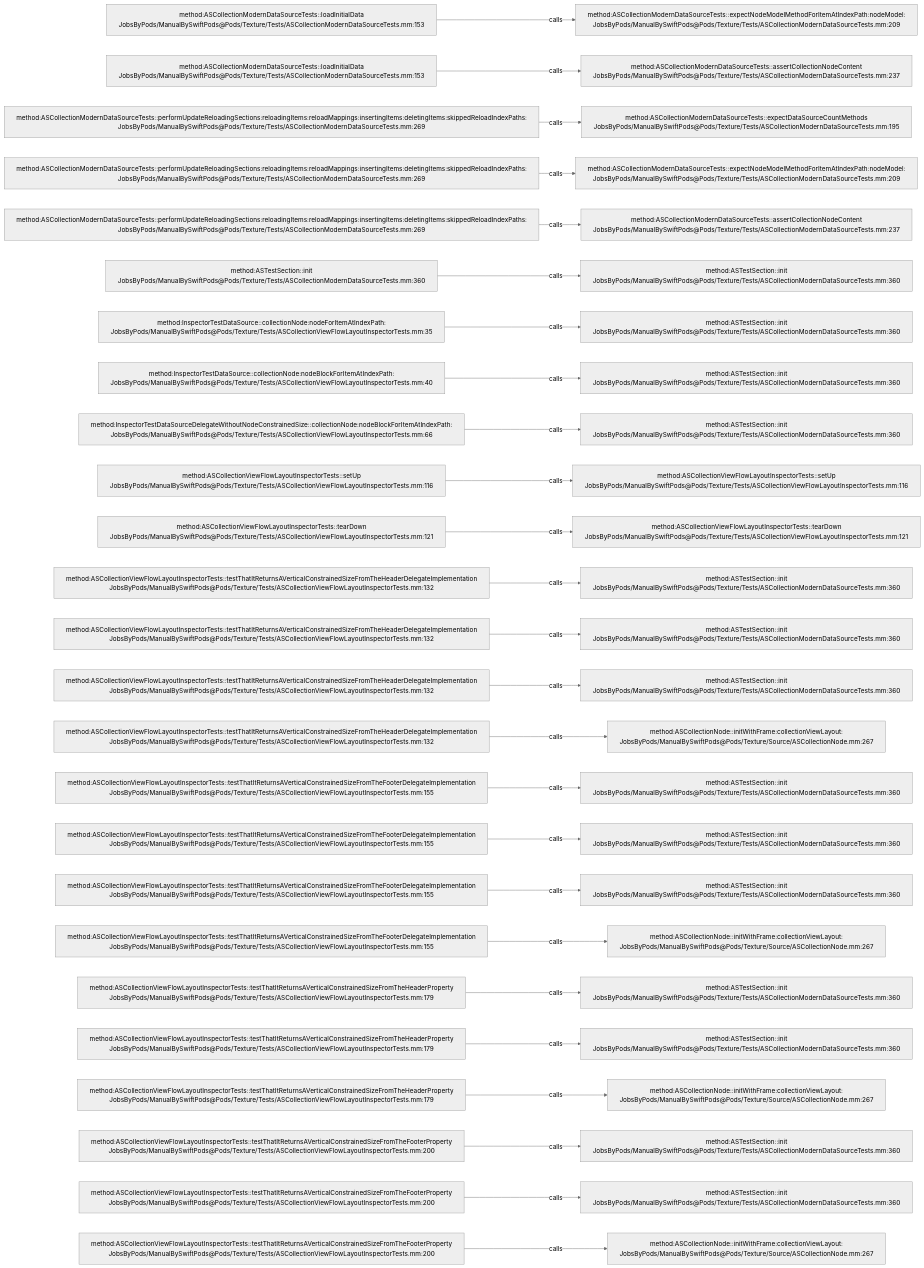
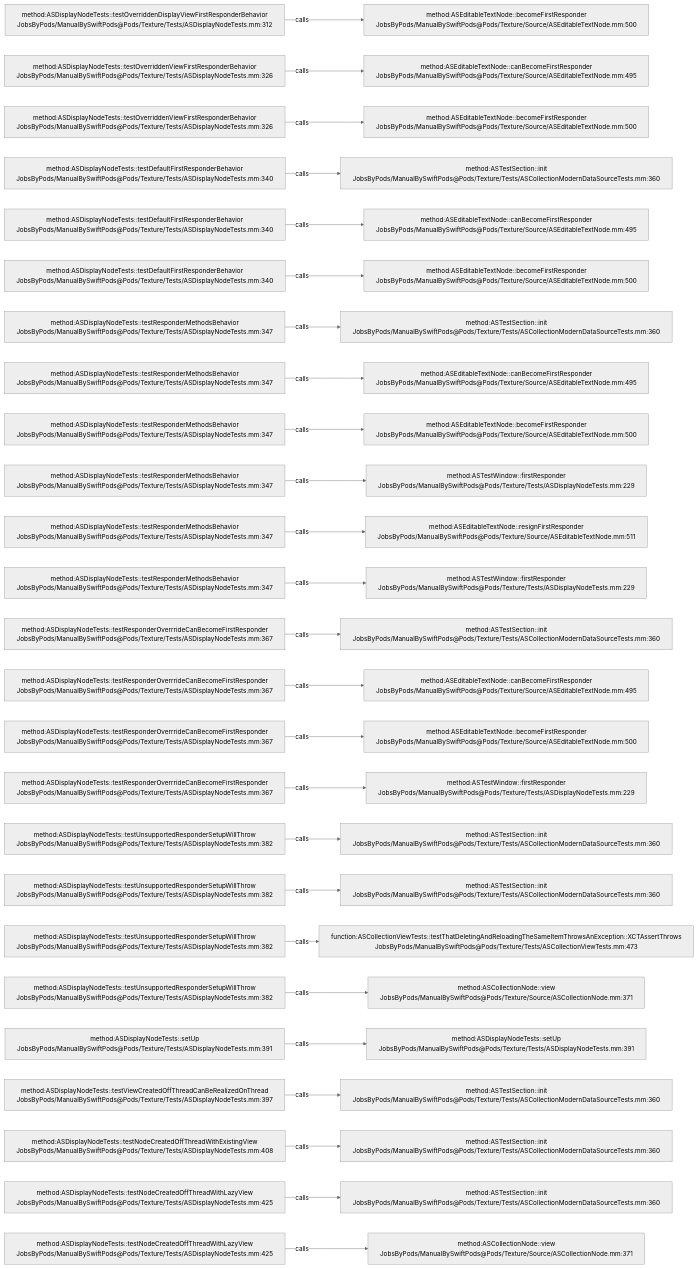
The diagram in .codegraph/codegraph.md/graphs/calls-187.md (JobsKits/JobsSwiftBaseConfigDemo), drawn with Mermaid (neutral theme) before and after one commit. The commit also changed 832 other files, not shown here.

````diff
--- a/.codegraph/codegraph.md/graphs/calls-187.md
+++ b/.codegraph/codegraph.md/graphs/calls-187.md
@@ -13,78 +13,78 @@
 ```mermaid
 flowchart LR
-  S1["method:ASCollectionModernDataSourceTests::loadInitialData<br/>JobsByPods/ManualBySwiftPods@Pods/Texture/Tests/ASCollectionModernDataSourceTests.mm:153"]
-  T1["method:ASCollectionModernDataSourceTests::expectNodeModelMethodForItemAtIndexPath:nodeModel:<br/>JobsByPods/ManualBySwiftPods@Pods/Texture/Tests/ASCollectionModernDataSourceTests.mm:209"]
+  S1["method:ASDisplayNodeTests::testOverriddenDisplayViewFirstResponderBehavior<br/>JobsByPods/ManualBySwiftPods@Pods/Texture/Tests/ASDisplayNodeTests.mm:312"]
+  T1["method:ASEditableTextNode::becomeFirstResponder<br/>JobsByPods/ManualBySwiftPods@Pods/Texture/Source/ASEditableTextNode.mm:500"]
   S1 -->|calls| T1
-  S2["method:ASCollectionModernDataSourceTests::loadInitialData<br/>JobsByPods/ManualBySwiftPods@Pods/Texture/Tests/ASCollectionModernDataSourceTests.mm:153"]
-  T2["method:ASCollectionModernDataSourceTests::assertCollectionNodeContent<br/>JobsByPods/ManualBySwiftPods@Pods/Texture/Tests/ASCollectionModernDataSourceTests.mm:237"]
+  S2["method:ASDisplayNodeTests::testOverriddenViewFirstResponderBehavior<br/>JobsByPods/ManualBySwiftPods@Pods/Texture/Tests/ASDisplayNodeTests.mm:326"]
+  T2["method:ASEditableTextNode::canBecomeFirstResponder<br/>JobsByPods/ManualBySwiftPods@Pods/Texture/Source/ASEditableTextNode.mm:495"]
   S2 -->|calls| T2
-  S3["method:ASCollectionModernDataSourceTests::performUpdateReloadingSections:reloadingItems:reloadMappings:insertingItems:deletingItems:skippedReloadIndexPaths:<br/>JobsByPods/ManualBySwiftPods@Pods/Texture/Tests/ASCollectionModernDataSourceTests.mm:269"]
-  T3["method:ASCollectionModernDataSourceTests::expectDataSourceCountMethods<br/>JobsByPods/ManualBySwiftPods@Pods/Texture/Tests/ASCollectionModernDataSourceTests.mm:195"]
+  S3["method:ASDisplayNodeTests::testOverriddenViewFirstResponderBehavior<br/>JobsByPods/ManualBySwiftPods@Pods/Texture/Tests/ASDisplayNodeTests.mm:326"]
+  T3["method:ASEditableTextNode::becomeFirstResponder<br/>JobsByPods/ManualBySwiftPods@Pods/Texture/Source/ASEditableTextNode.mm:500"]
   S3 -->|calls| T3
-  S4["method:ASCollectionModernDataSourceTests::performUpdateReloadingSections:reloadingItems:reloadMappings:insertingItems:deletingItems:skippedReloadIndexPaths:<br/>JobsByPods/ManualBySwiftPods@Pods/Texture/Tests/ASCollectionModernDataSourceTests.mm:269"]
-  T4["method:ASCollectionModernDataSourceTests::expectNodeModelMethodForItemAtIndexPath:nodeModel:<br/>JobsByPods/ManualBySwiftPods@Pods/Texture/Tests/ASCollectionModernDataSourceTests.mm:209"]
+  S4["method:ASDisplayNodeTests::testDefaultFirstResponderBehavior<br/>JobsByPods/ManualBySwiftPods@Pods/Texture/Tests/ASDisplayNodeTests.mm:340"]
+  T4["method:ASTestSection::init<br/>JobsByPods/ManualBySwiftPods@Pods/Texture/Tests/ASCollectionModernDataSourceTests.mm:360"]
   S4 -->|calls| T4
-  S5["method:ASCollectionModernDataSourceTests::performUpdateReloadingSections:reloadingItems:reloadMappings:insertingItems:deletingItems:skippedReloadIndexPaths:<br/>JobsByPods/ManualBySwiftPods@Pods/Texture/Tests/ASCollectionModernDataSourceTests.mm:269"]
-  T5["method:ASCollectionModernDataSourceTests::assertCollectionNodeContent<br/>JobsByPods/ManualBySwiftPods@Pods/Texture/Tests/ASCollectionModernDataSourceTests.mm:237"]
+  S5["method:ASDisplayNodeTests::testDefaultFirstResponderBehavior<br/>JobsByPods/ManualBySwiftPods@Pods/Texture/Tests/ASDisplayNodeTests.mm:340"]
+  T5["method:ASEditableTextNode::canBecomeFirstResponder<br/>JobsByPods/ManualBySwiftPods@Pods/Texture/Source/ASEditableTextNode.mm:495"]
   S5 -->|calls| T5
-  S6["method:ASTestSection::init<br/>JobsByPods/ManualBySwiftPods@Pods/Texture/Tests/ASCollectionModernDataSourceTests.mm:360"]
-  T6["method:ASTestSection::init<br/>JobsByPods/ManualBySwiftPods@Pods/Texture/Tests/ASCollectionModernDataSourceTests.mm:360"]
+  S6["method:ASDisplayNodeTests::testDefaultFirstResponderBehavior<br/>JobsByPods/ManualBySwiftPods@Pods/Texture/Tests/ASDisplayNodeTests.mm:340"]
+  T6["method:ASEditableTextNode::becomeFirstResponder<br/>JobsByPods/ManualBySwiftPods@Pods/Texture/Source/ASEditableTextNode.mm:500"]
   S6 -->|calls| T6
-  S7["method:InspectorTestDataSource::collectionNode:nodeForItemAtIndexPath:<br/>JobsByPods/ManualBySwiftPods@Pods/Texture/Tests/ASCollectionViewFlowLayoutInspectorTests.mm:35"]
+  S7["method:ASDisplayNodeTests::testResponderMethodsBehavior<br/>JobsByPods/ManualBySwiftPods@Pods/Texture/Tests/ASDisplayNodeTests.mm:347"]
   T7["method:ASTestSection::init<br/>JobsByPods/ManualBySwiftPods@Pods/Texture/Tests/ASCollectionModernDataSourceTests.mm:360"]
   S7 -->|calls| T7
-  S8["method:InspectorTestDataSource::collectionNode:nodeBlockForItemAtIndexPath:<br/>JobsByPods/ManualBySwiftPods@Pods/Texture/Tests/ASCollectionViewFlowLayoutInspectorTests.mm:40"]
-  T8["method:ASTestSection::init<br/>JobsByPods/ManualBySwiftPods@Pods/Texture/Tests/ASCollectionModernDataSourceTests.mm:360"]
+  S8["method:ASDisplayNodeTests::testResponderMethodsBehavior<br/>JobsByPods/ManualBySwiftPods@Pods/Texture/Tests/ASDisplayNodeTests.mm:347"]
+  T8["method:ASEditableTextNode::canBecomeFirstResponder<br/>JobsByPods/ManualBySwiftPods@Pods/Texture/Source/ASEditableTextNode.mm:495"]
   S8 -->|calls| T8
-  S9["method:InspectorTestDataSourceDelegateWithoutNodeConstrainedSize::collectionNode:nodeBlockForItemAtIndexPath:<br/>JobsByPods/ManualBySwiftPods@Pods/Texture/Tests/ASCollectionViewFlowLayoutInspectorTests.mm:66"]
-  T9["method:ASTestSection::init<br/>JobsByPods/ManualBySwiftPods@Pods/Texture/Tests/ASCollectionModernDataSourceTests.mm:360"]
+  S9["method:ASDisplayNodeTests::testResponderMethodsBehavior<br/>JobsByPods/ManualBySwiftPods@Pods/Texture/Tests/ASDisplayNodeTests.mm:347"]
+  T9["method:ASEditableTextNode::becomeFirstResponder<br/>JobsByPods/ManualBySwiftPods@Pods/Texture/Source/ASEditableTextNode.mm:500"]
   S9 -->|calls| T9
-  S10["method:ASCollectionViewFlowLayoutInspectorTests::setUp<br/>JobsByPods/ManualBySwiftPods@Pods/Texture/Tests/ASCollectionViewFlowLayoutInspectorTests.mm:116"]
-  T10["method:ASCollectionViewFlowLayoutInspectorTests::setUp<br/>JobsByPods/ManualBySwiftPods@Pods/Texture/Tests/ASCollectionViewFlowLayoutInspectorTests.mm:116"]
+  S10["method:ASDisplayNodeTests::testResponderMethodsBehavior<br/>JobsByPods/ManualBySwiftPods@Pods/Texture/Tests/ASDisplayNodeTests.mm:347"]
+  T10["method:ASTestWindow::firstResponder<br/>JobsByPods/ManualBySwiftPods@Pods/Texture/Tests/ASDisplayNodeTests.mm:229"]
   S10 -->|calls| T10
-  S11["method:ASCollectionViewFlowLayoutInspectorTests::tearDown<br/>JobsByPods/ManualBySwiftPods@Pods/Texture/Tests/ASCollectionViewFlowLayoutInspectorTests.mm:121"]
-  T11["method:ASCollectionViewFlowLayoutInspectorTests::tearDown<br/>JobsByPods/ManualBySwiftPods@Pods/Texture/Tests/ASCollectionViewFlowLayoutInspectorTests.mm:121"]
+  S11["method:ASDisplayNodeTests::testResponderMethodsBehavior<br/>JobsByPods/ManualBySwiftPods@Pods/Texture/Tests/ASDisplayNodeTests.mm:347"]
+  T11["method:ASEditableTextNode::resignFirstResponder<br/>JobsByPods/ManualBySwiftPods@Pods/Texture/Source/ASEditableTextNode.mm:511"]
   S11 -->|calls| T11
-  S12["method:ASCollectionViewFlowLayoutInspectorTests::testThatItReturnsAVerticalConstrainedSizeFromTheHeaderDelegateImplementation<br/>JobsByPods/ManualBySwiftPods@Pods/Texture/Tests/ASCollectionViewFlowLayoutInspectorTests.mm:132"]
-  T12["method:ASTestSection::init<br/>JobsByPods/ManualBySwiftPods@Pods/Texture/Tests/ASCollectionModernDataSourceTests.mm:360"]
+  S12["method:ASDisplayNodeTests::testResponderMethodsBehavior<br/>JobsByPods/ManualBySwiftPods@Pods/Texture/Tests/ASDisplayNodeTests.mm:347"]
+  T12["method:ASTestWindow::firstResponder<br/>JobsByPods/ManualBySwiftPods@Pods/Texture/Tests/ASDisplayNodeTests.mm:229"]
   S12 -->|calls| T12
-  S13["method:ASCollectionViewFlowLayoutInspectorTests::testThatItReturnsAVerticalConstrainedSizeFromTheHeaderDelegateImplementation<br/>JobsByPods/ManualBySwiftPods@Pods/Texture/Tests/ASCollectionViewFlowLayoutInspectorTests.mm:132"]
+  S13["method:ASDisplayNodeTests::testResponderOverrrideCanBecomeFirstResponder<br/>JobsByPods/ManualBySwiftPods@Pods/Texture/Tests/ASDisplayNodeTests.mm:367"]
   T13["method:ASTestSection::init<br/>JobsByPods/ManualBySwiftPods@Pods/Texture/Tests/ASCollectionModernDataSourceTests.mm:360"]
   S13 -->|calls| T13
-  S14["method:ASCollectionViewFlowLayoutInspectorTests::testThatItReturnsAVerticalConstrainedSizeFromTheHeaderDelegateImplementation<br/>JobsByPods/ManualBySwiftPods@Pods/Texture/Tests/ASCollectionViewFlowLayoutInspectorTests.mm:132"]
-  T14["method:ASTestSection::init<br/>JobsByPods/ManualBySwiftPods@Pods/Texture/Tests/ASCollectionModernDataSourceTests.mm:360"]
+  S14["method:ASDisplayNodeTests::testResponderOverrrideCanBecomeFirstResponder<br/>JobsByPods/ManualBySwiftPods@Pods/Texture/Tests/ASDisplayNodeTests.mm:367"]
+  T14["method:ASEditableTextNode::canBecomeFirstResponder<br/>JobsByPods/ManualBySwiftPods@Pods/Texture/Source/ASEditableTextNode.mm:495"]
   S14 -->|calls| T14
-  S15["method:ASCollectionViewFlowLayoutInspectorTests::testThatItReturnsAVerticalConstrainedSizeFromTheHeaderDelegateImplementation<br/>JobsByPods/ManualBySwiftPods@Pods/Texture/Tests/ASCollectionViewFlowLayoutInspectorTests.mm:132"]
-  T15["method:ASCollectionNode::initWithFrame:collectionViewLayout:<br/>JobsByPods/ManualBySwiftPods@Pods/Texture/Source/ASCollectionNode.mm:267"]
+  S15["method:ASDisplayNodeTests::testResponderOverrrideCanBecomeFirstResponder<br/>JobsByPods/ManualBySwiftPods@Pods/Texture/Tests/ASDisplayNodeTests.mm:367"]
+  T15["method:ASEditableTextNode::becomeFirstResponder<br/>JobsByPods/ManualBySwiftPods@Pods/Texture/Source/ASEditableTextNode.mm:500"]
   S15 -->|calls| T15
-  S16["method:ASCollectionViewFlowLayoutInspectorTests::testThatItReturnsAVerticalConstrainedSizeFromTheFooterDelegateImplementation<br/>JobsByPods/ManualBySwiftPods@Pods/Texture/Tests/ASCollectionViewFlowLayoutInspectorTests.mm:155"]
-  T16["method:ASTestSection::init<br/>JobsByPods/ManualBySwiftPods@Pods/Texture/Tests/ASCollectionModernDataSourceTests.mm:360"]
+  S16["method:ASDisplayNodeTests::testResponderOverrrideCanBecomeFirstResponder<br/>JobsByPods/ManualBySwiftPods@Pods/Texture/Tests/ASDisplayNodeTests.mm:367"]
+  T16["method:ASTestWindow::firstResponder<br/>JobsByPods/ManualBySwiftPods@Pods/Texture/Tests/ASDisplayNodeTests.mm:229"]
   S16 -->|calls| T16
-  S17["method:ASCollectionViewFlowLayoutInspectorTests::testThatItReturnsAVerticalConstrainedSizeFromTheFooterDelegateImplementation<br/>JobsByPods/ManualBySwiftPods@Pods/Texture/Tests/ASCollectionViewFlowLayoutInspectorTests.mm:155"]
+  S17["method:ASDisplayNodeTests::testUnsupportedResponderSetupWillThrow<br/>JobsByPods/ManualBySwiftPods@Pods/Texture/Tests/ASDisplayNodeTests.mm:382"]
   T17["method:ASTestSection::init<br/>JobsByPods/ManualBySwiftPods@Pods/Texture/Tests/ASCollectionModernDataSourceTests.mm:360"]
   S17 -->|calls| T17
-  S18["method:ASCollectionViewFlowLayoutInspectorTests::testThatItReturnsAVerticalConstrainedSizeFromTheFooterDelegateImplementation<br/>JobsByPods/ManualBySwiftPods@Pods/Texture/Tests/ASCollectionViewFlowLayoutInspectorTests.mm:155"]
+  S18["method:ASDisplayNodeTests::testUnsupportedResponderSetupWillThrow<br/>JobsByPods/ManualBySwiftPods@Pods/Texture/Tests/ASDisplayNodeTests.mm:382"]
   T18["method:ASTestSection::init<br/>JobsByPods/ManualBySwiftPods@Pods/Texture/Tests/ASCollectionModernDataSourceTests.mm:360"]
   S18 -->|calls| T18
-  S19["method:ASCollectionViewFlowLayoutInspectorTests::testThatItReturnsAVerticalConstrainedSizeFromTheFooterDelegateImplementation<br/>JobsByPods/ManualBySwiftPods@Pods/Texture/Tests/ASCollectionViewFlowLayoutInspectorTests.mm:155"]
-  T19["method:ASCollectionNode::initWithFrame:collectionViewLayout:<br/>JobsByPods/ManualBySwiftPods@Pods/Texture/Source/ASCollectionNode.mm:267"]
+  S19["method:ASDisplayNodeTests::testUnsupportedResponderSetupWillThrow<br/>JobsByPods/ManualBySwiftPods@Pods/Texture/Tests/ASDisplayNodeTests.mm:382"]
+  T19["function:ASCollectionViewTests::testThatDeletingAndReloadingTheSameItemThrowsAnException::XCTAssertThrows<br/>JobsByPods/ManualBySwiftPods@Pods/Texture/Tests/ASCollectionViewTests.mm:473"]
   S19 -->|calls| T19
-  S20["method:ASCollectionViewFlowLayoutInspectorTests::testThatItReturnsAVerticalConstrainedSizeFromTheHeaderProperty<br/>JobsByPods/ManualBySwiftPods@Pods/Texture/Tests/ASCollectionViewFlowLayoutInspectorTests.mm:179"]
-  T20["method:ASTestSection::init<br/>JobsByPods/ManualBySwiftPods@Pods/Texture/Tests/ASCollectionModernDataSourceTests.mm:360"]
+  S20["method:ASDisplayNodeTests::testUnsupportedResponderSetupWillThrow<br/>JobsByPods/ManualBySwiftPods@Pods/Texture/Tests/ASDisplayNodeTests.mm:382"]
+  T20["method:ASCollectionNode::view<br/>JobsByPods/ManualBySwiftPods@Pods/Texture/Source/ASCollectionNode.mm:371"]
   S20 -->|calls| T20
-  S21["method:ASCollectionViewFlowLayoutInspectorTests::testThatItReturnsAVerticalConstrainedSizeFromTheHeaderProperty<br/>JobsByPods/ManualBySwiftPods@Pods/Texture/Tests/ASCollectionViewFlowLayoutInspectorTests.mm:179"]
-  T21["method:ASTestSection::init<br/>JobsByPods/ManualBySwiftPods@Pods/Texture/Tests/ASCollectionModernDataSourceTests.mm:360"]
+  S21["method:ASDisplayNodeTests::setUp<br/>JobsByPods/ManualBySwiftPods@Pods/Texture/Tests/ASDisplayNodeTests.mm:391"]
+  T21["method:ASDisplayNodeTests::setUp<br/>JobsByPods/ManualBySwiftPods@Pods/Texture/Tests/ASDisplayNodeTests.mm:391"]
   S21 -->|calls| T21
-  S22["method:ASCollectionViewFlowLayoutInspectorTests::testThatItReturnsAVerticalConstrainedSizeFromTheHeaderProperty<br/>JobsByPods/ManualBySwiftPods@Pods/Texture/Tests/ASCollectionViewFlowLayoutInspectorTests.mm:179"]
-  T22["method:ASCollectionNode::initWithFrame:collectionViewLayout:<br/>JobsByPods/ManualBySwiftPods@Pods/Texture/Source/ASCollectionNode.mm:267"]
+  S22["method:ASDisplayNodeTests::testViewCreatedOffThreadCanBeRealizedOnThread<br/>JobsByPods/ManualBySwiftPods@Pods/Texture/Tests/ASDisplayNodeTests.mm:397"]
+  T22["method:ASTestSection::init<br/>JobsByPods/ManualBySwiftPods@Pods/Texture/Tests/ASCollectionModernDataSourceTests.mm:360"]
   S22 -->|calls| T22
-  S23["method:ASCollectionViewFlowLayoutInspectorTests::testThatItReturnsAVerticalConstrainedSizeFromTheFooterProperty<br/>JobsByPods/ManualBySwiftPods@Pods/Texture/Tests/ASCollectionViewFlowLayoutInspectorTests.mm:200"]
+  S23["method:ASDisplayNodeTests::testNodeCreatedOffThreadWithExistingView<br/>JobsByPods/ManualBySwiftPods@Pods/Texture/Tests/ASDisplayNodeTests.mm:408"]
   T23["method:ASTestSection::init<br/>JobsByPods/ManualBySwiftPods@Pods/Texture/Tests/ASCollectionModernDataSourceTests.mm:360"]
   S23 -->|calls| T23
-  S24["method:ASCollectionViewFlowLayoutInspectorTests::testThatItReturnsAVerticalConstrainedSizeFromTheFooterProperty<br/>JobsByPods/ManualBySwiftPods@Pods/Texture/Tests/ASCollectionViewFlowLayoutInspectorTests.mm:200"]
+  S24["method:ASDisplayNodeTests::testNodeCreatedOffThreadWithLazyView<br/>JobsByPods/ManualBySwiftPods@Pods/Texture/Tests/ASDisplayNodeTests.mm:425"]
   T24["method:ASTestSection::init<br/>JobsByPods/ManualBySwiftPods@Pods/Texture/Tests/ASCollectionModernDataSourceTests.mm:360"]
   S24 -->|calls| T24
-  S25["method:ASCollectionViewFlowLayoutInspectorTests::testThatItReturnsAVerticalConstrainedSizeFromTheFooterProperty<br/>JobsByPods/ManualBySwiftPods@Pods/Texture/Tests/ASCollectionViewFlowLayoutInspectorTests.mm:200"]
-  T25["method:ASCollectionNode::initWithFrame:collectionViewLayout:<br/>JobsByPods/ManualBySwiftPods@Pods/Texture/Source/ASCollectionNode.mm:267"]
+  S25["method:ASDisplayNodeTests::testNodeCreatedOffThreadWithLazyView<br/>JobsByPods/ManualBySwiftPods@Pods/Texture/Tests/ASDisplayNodeTests.mm:425"]
+  T25["method:ASCollectionNode::view<br/>JobsByPods/ManualBySwiftPods@Pods/Texture/Source/ASCollectionNode.mm:371"]
   S25 -->|calls| T25
 ```
````
